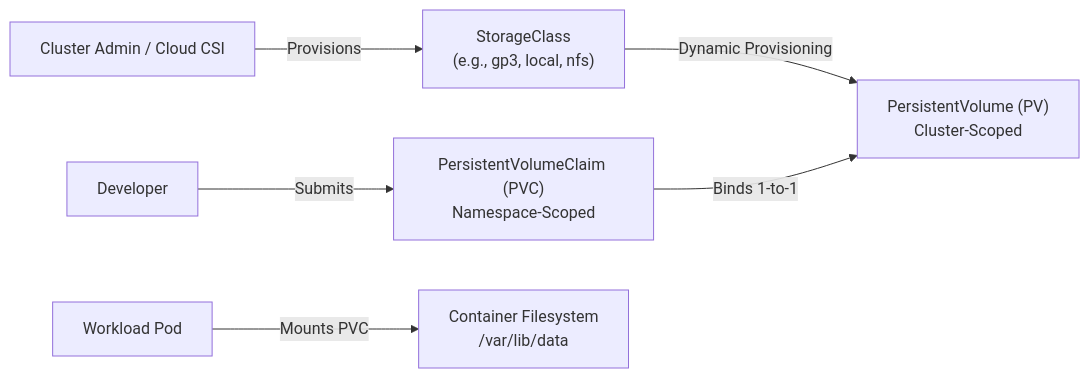
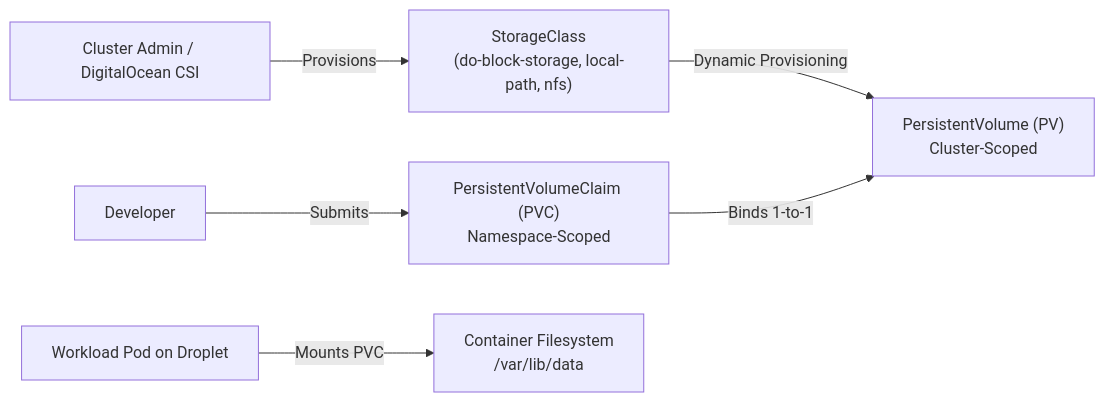
One commit to kendricklawton/technical changed the diagram in Certified_Kubernetes_Administrator/Domain_4_Storage/Study_Guide.md. Above: the diagram before and after it, drawn with Mermaid. The commit also changed other lines of this file and 16 other files, not shown here.

First line of the commit message:
feat(cka,cks): integrate DigitalOcean Droplets lab architecture and domain workflows

````diff
--- a/Certified_Kubernetes_Administrator/Domain_4_Storage/Study_Guide.md
+++ b/Certified_Kubernetes_Administrator/Domain_4_Storage/Study_Guide.md
@@ -12,8 +12,8 @@
 ```mermaid
 flowchart LR
-    Admin["Cluster Admin / Cloud CSI"] -->|Provisions| StorageClass["StorageClass<br/>(e.g., gp3, local, nfs)"]
+    Admin["Cluster Admin / DigitalOcean CSI"] -->|Provisions| StorageClass["StorageClass<br/>(do-block-storage, local-path, nfs)"]
     StorageClass -->|Dynamic Provisioning| PV["PersistentVolume (PV)<br/>Cluster-Scoped"]
     Dev["Developer"] -->|Submits| PVC["PersistentVolumeClaim (PVC)<br/>Namespace-Scoped"]
     PVC -->|Binds 1-to-1| PV
-    Pod["Workload Pod"] -->|Mounts PVC| Container["Container Filesystem<br/>/var/lib/data"]
+    Pod["Workload Pod on Droplet"] -->|Mounts PVC| Container["Container Filesystem<br/>/var/lib/data"]
 ```
````
